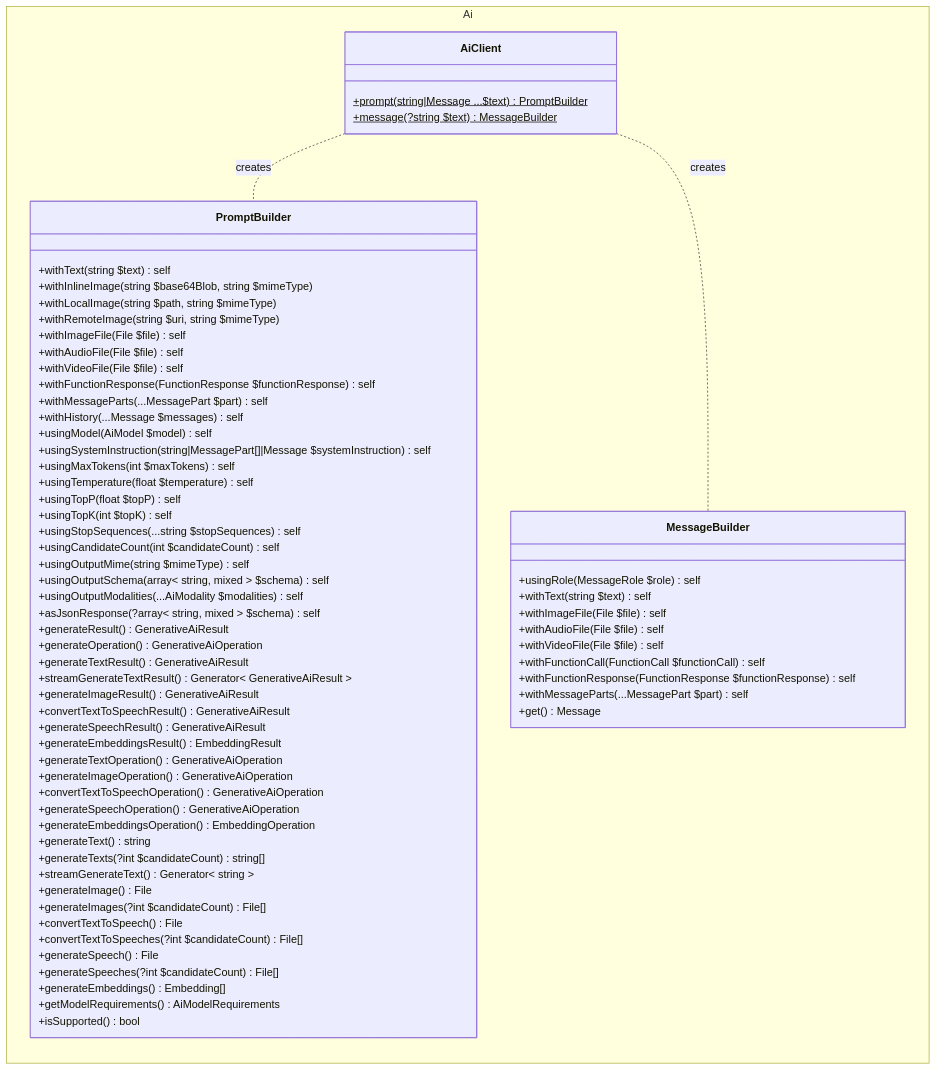
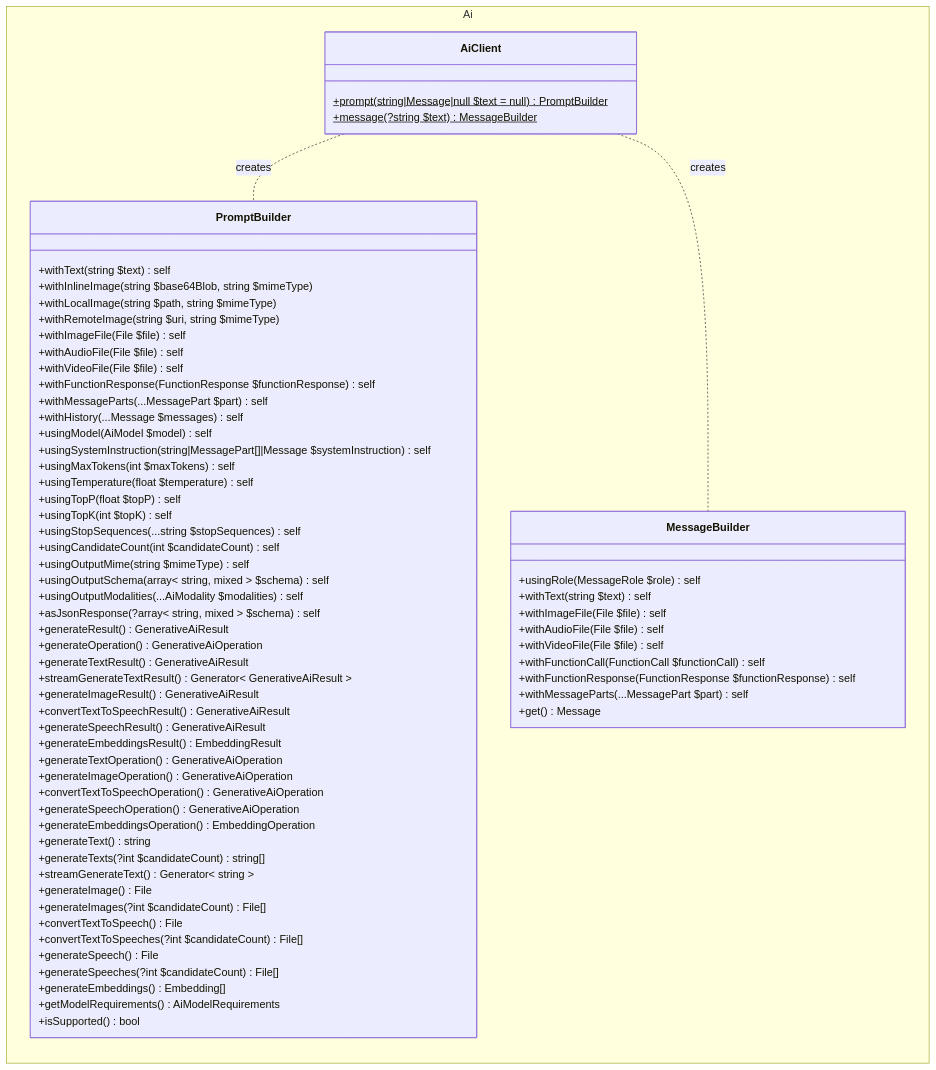
The first of 5 diagrams in docs/ARCHITECTURE.md (WordPress/php-ai-client), drawn with Mermaid before and after one commit. The commit also changed other lines of this file, not shown here.

Commit message:
Make prompt() non-variadic

````diff
--- a/docs/ARCHITECTURE.md
+++ b/docs/ARCHITECTURE.md
@@ -288,80 +288,80 @@
 ```mermaid
 ---
 config:
   class:
     hideEmptyMembersBox: true
 ---
 classDiagram
 direction LR
     namespace Ai {
         class AiClient {
-            +prompt(string|Message ...$text) PromptBuilder$
+            +prompt(string|Message|null $text = null) PromptBuilder$
             +message(?string $text) MessageBuilder$
         }
 
         class PromptBuilder {
             +withText(string $text) self
             +withInlineImage(string $base64Blob, string $mimeType)
             +withLocalImage(string $path, string $mimeType)
             +withRemoteImage(string $uri, string $mimeType)
             +withImageFile(File $file) self
             +withAudioFile(File $file) self
             +withVideoFile(File $file) self
             +withFunctionResponse(FunctionResponse $functionResponse) self
             +withMessageParts(...MessagePart $part) self
             +withHistory(...Message $messages) self
             +usingModel(AiModel $model) self
             +usingSystemInstruction(string|MessagePart[]|Message $systemInstruction) self
             +usingMaxTokens(int $maxTokens) self
             +usingTemperature(float $temperature) self
             +usingTopP(float $topP) self
             +usingTopK(int $topK) self
             +usingStopSequences(...string $stopSequences) self
             +usingCandidateCount(int $candidateCount) self
             +usingOutputMime(string $mimeType) self
             +usingOutputSchema(array< string, mixed > $schema) self
             +usingOutputModalities(...AiModality $modalities) self
             +asJsonResponse(?array< string, mixed > $schema) self
             +generateResult() GenerativeAiResult
             +generateOperation() GenerativeAiOperation
             +generateTextResult() GenerativeAiResult
             +streamGenerateTextResult() Generator< GenerativeAiResult >
             +generateImageResult() GenerativeAiResult
             +convertTextToSpeechResult() GenerativeAiResult
             +generateSpeechResult() GenerativeAiResult
             +generateEmbeddingsResult() EmbeddingResult
             +generateTextOperation() GenerativeAiOperation
             +generateImageOperation() GenerativeAiOperation
             +convertTextToSpeechOperation() GenerativeAiOperation
             +generateSpeechOperation() GenerativeAiOperation
             +generateEmbeddingsOperation() EmbeddingOperation
             +generateText() string
             +generateTexts(?int $candidateCount) string[]
             +streamGenerateText() Generator< string >
             +generateImage() File
             +generateImages(?int $candidateCount) File[]
             +convertTextToSpeech() File
             +convertTextToSpeeches(?int $candidateCount) File[]
             +generateSpeech() File
             +generateSpeeches(?int $candidateCount) File[]
             +generateEmbeddings() Embedding[]
             +getModelRequirements() AiModelRequirements
             +isSupported() bool
         }
 
         class MessageBuilder {
             +usingRole(MessageRole $role) self
             +withText(string $text) self
             +withImageFile(File $file) self
             +withAudioFile(File $file) self
             +withVideoFile(File $file) self
             +withFunctionCall(FunctionCall $functionCall) self
             +withFunctionResponse(FunctionResponse $functionResponse) self
             +withMessageParts(...MessagePart $part) self
             +get() Message
         }
     }
 
     AiClient .. PromptBuilder : creates
     AiClient .. MessageBuilder : creates
 ```
````
